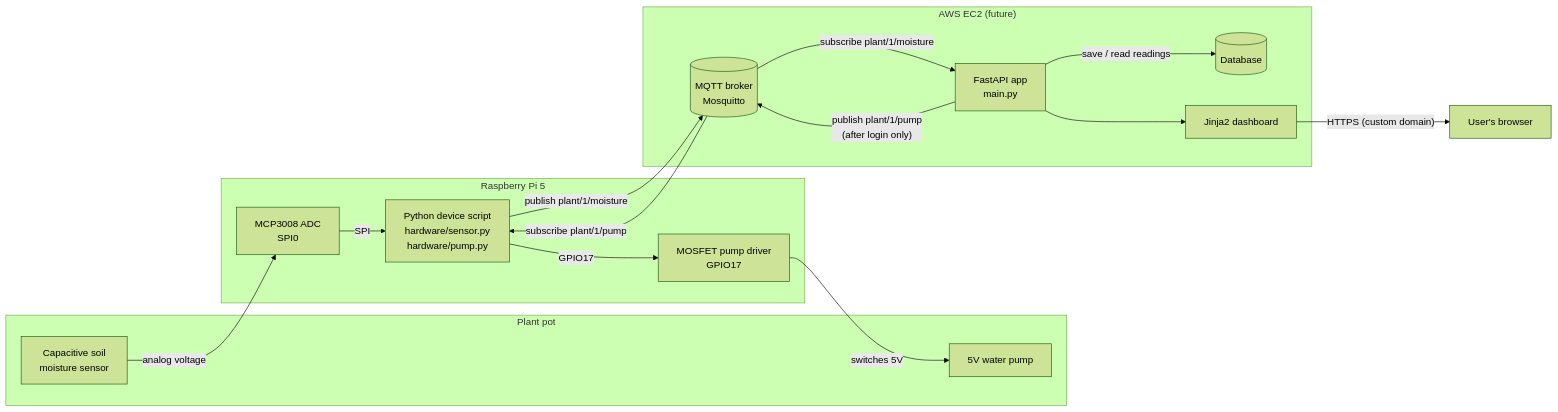
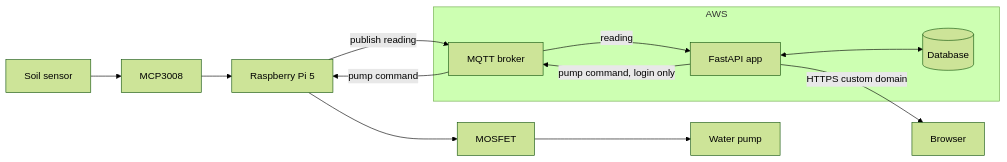
One commit to Victoria1-bit/smart-plant-monitor changed the diagram in docs/architecture.md. Above: the diagram before and after it, drawn with Mermaid (forest theme). The commit also changed other lines of this file and 22 other files, not shown here.

````diff
--- a/docs/architecture.md
+++ b/docs/architecture.md
@@ -9,36 +6,18 @@
 ```mermaid
 flowchart LR
-    subgraph Plant["Plant pot"]
-        S[Capacitive soil<br/>moisture sensor]
-        P[5V water pump]
+    Sensor[Soil sensor] --> ADC[MCP3008]
+    ADC --> Pi[Raspberry Pi 5]
+    Pi --> MOSFET[MOSFET] --> Pump[Water pump]
+    Pi -- publish reading --> Broker[MQTT broker]
+    Broker -- reading --> App[FastAPI app]
+    App -- pump command, login only --> Broker
+    Broker -- pump command --> Pi
+    App <--> DB[(Database)]
+    App -- HTTPS custom domain --> Browser[Browser]
+
+    subgraph AWS
+        Broker
+        App
+        DB
     end
-
-    subgraph Pi["Raspberry Pi 5"]
-        ADC[MCP3008 ADC<br/>SPI0]
-        DRV[MOSFET pump driver<br/>GPIO17]
-        PY[Python device script<br/>hardware/sensor.py<br/>hardware/pump.py]
-    end
-
-    subgraph Cloud["AWS EC2 (future)"]
-        B[(MQTT broker<br/>Mosquitto)]
-        API[FastAPI app<br/>main.py]
-        DB[(Database)]
-        WEB[Jinja2 dashboard]
-    end
-
-    U[User's browser]
-
-    S -- analog voltage --> ADC
-    ADC -- SPI --> PY
-    PY -- GPIO17 --> DRV
-    DRV -- switches 5V --> P
-
-    PY -- "publish plant/1/moisture" --> B
-    B -- "subscribe plant/1/moisture" --> API
-    API -- "publish plant/1/pump<br/>(after login only)" --> B
-    B -- "subscribe plant/1/pump" --> PY
-
-    API -- save / read readings --> DB
-    API --> WEB
-    WEB -- "HTTPS (custom domain)" --> U
 ```
````
